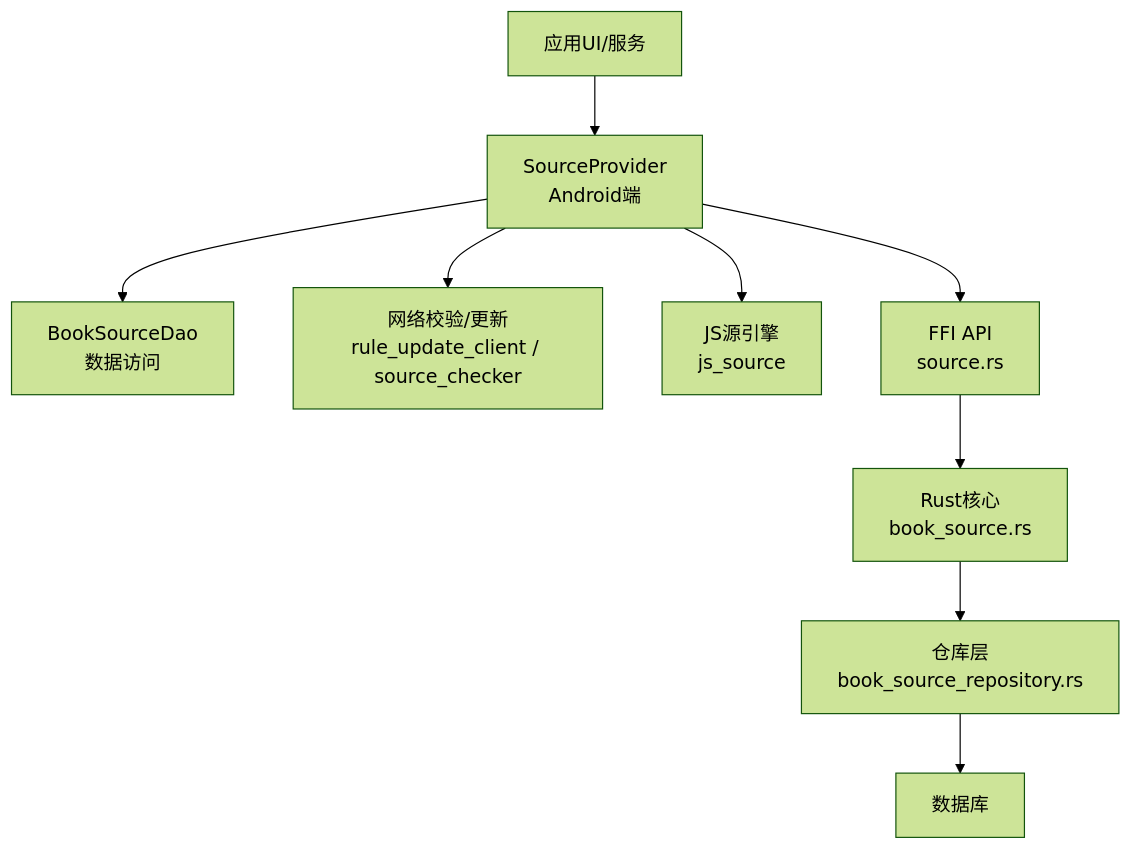
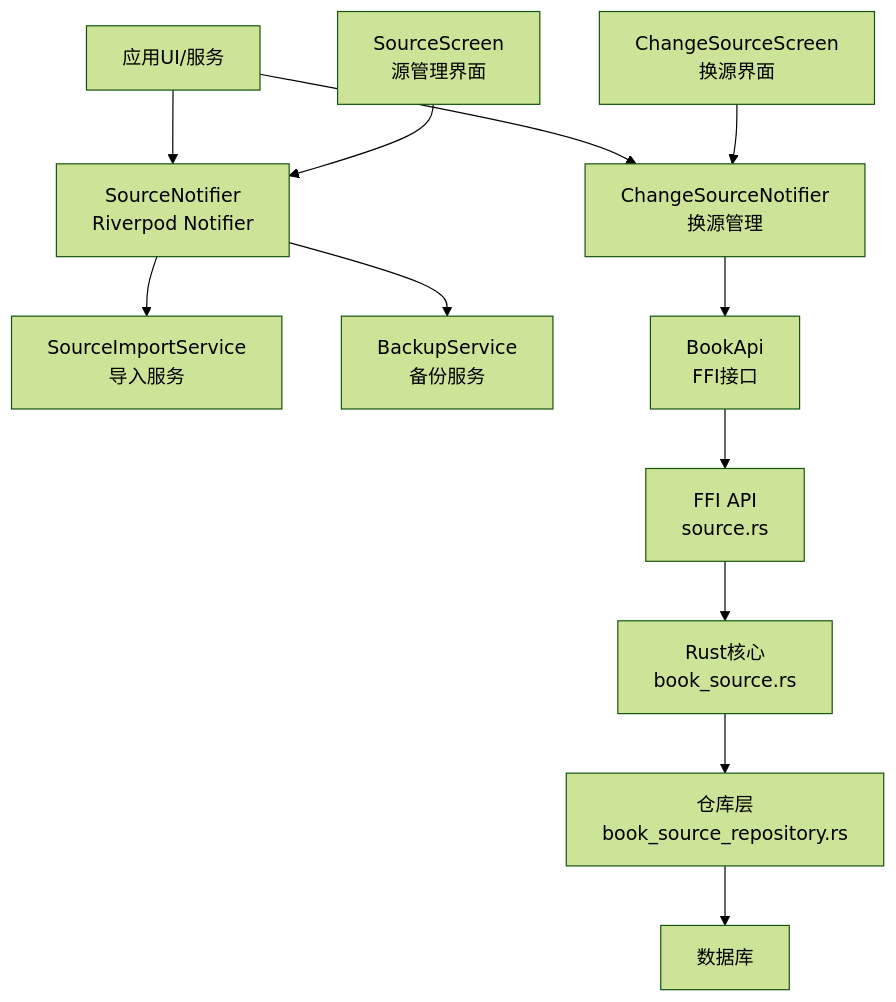
One commit to ZhangGHGitHub/LegadoTeamFlutter changed the first of 9 diagrams in .qoder/repowiki/zh/content/Flutter跨平台应用/状态管理/源Provider/源Provider.md. Above: the diagram before and after it, drawn with Mermaid (forest theme). The commit also changed other lines of this file and 173 other files, not shown here.

````diff
--- a/.qoder/repowiki/zh/content/Flutter跨平台应用/状态管理/源Provider/源Provider.md
+++ b/.qoder/repowiki/zh/content/Flutter跨平台应用/状态管理/源Provider/源Provider.md
@@ -46,11 +59,14 @@
 ```mermaid
 graph TB
-UI["应用UI/服务"] --> Provider["SourceProvider<br/>Android端"]
-Provider --> DAO["BookSourceDao<br/>数据访问"]
-Provider --> Net["网络校验/更新<br/>rule_update_client / source_checker"]
-Provider --> JS["JS源引擎<br/>js_source"]
-Provider --> FFI["FFI API<br/>source.rs"]
+UI["应用UI/服务"] --> SourceNotifier["SourceNotifier<br/>Riverpod Notifier"]
+UI --> ChangeSourceNotifier["ChangeSourceNotifier<br/>换源管理"]
+SourceNotifier --> ImportService["SourceImportService<br/>导入服务"]
+SourceNotifier --> BackupService["BackupService<br/>备份服务"]
+ChangeSourceNotifier --> BookApi["BookApi<br/>FFI接口"]
+BookApi --> FFI["FFI API<br/>source.rs"]
 FFI --> Core["Rust核心<br/>book_source.rs"]
 Core --> Repo["仓库层<br/>book_source_repository.rs"]
 Repo --> DB["数据库"]
+ChangeSourceScreen["ChangeSourceScreen<br/>换源界面"] --> ChangeSourceNotifier
+SourceScreen["SourceScreen<br/>源管理界面"] --> SourceNotifier
 ```
````
